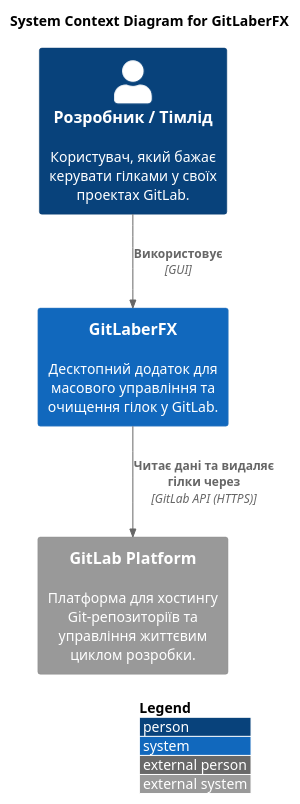
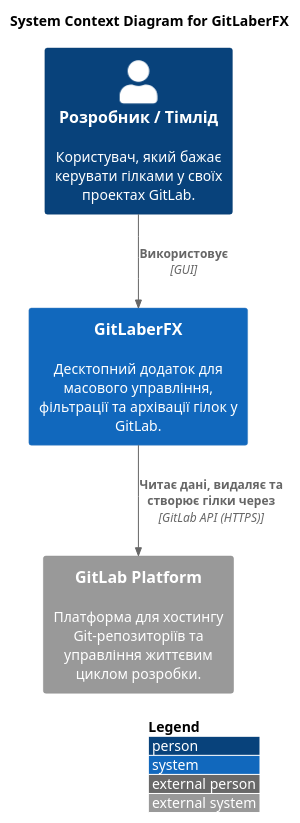
Before and after one commit to pashkazp/gitlaberfx: the diagram in src/main/docs/C4_context.puml, drawn with PlantUML. The commit also changed 10 other files, not shown here.

Commit message:
Remove technical spec for GitLab Branch Manager and update branch operation diagrams to include archiving functionality. Update README and documentation with support for branch archiving and filtering by regex.

```diff
--- a/src/main/docs/C4_context.puml
+++ b/src/main/docs/C4_context.puml
@@ -1,16 +1,16 @@
 @startuml
 !include <C4/C4_Context>
 
 LAYOUT_WITH_LEGEND()
 
 title System Context Diagram for GitLaberFX
 
 Person(user, "Розробник / Тімлід", "Користувач, який бажає керувати гілками у своїх проектах GitLab.")
 System_Ext(gitlab, "GitLab Platform", "Платформа для хостингу Git-репозиторіїв та управління життєвим циклом розробки.")
 
-System(gitlaberfx, "GitLaberFX", "Десктопний додаток для масового управління та очищення гілок у GitLab.")
+System(gitlaberfx, "GitLaberFX", "Десктопний додаток для масового управління, фільтрації та архівації гілок у GitLab.")
 
 Rel(user, gitlaberfx, "Використовує", "GUI")
-Rel(gitlaberfx, gitlab, "Читає дані та видаляє гілки через", "GitLab API (HTTPS)")
+Rel(gitlaberfx, gitlab, "Читає дані, видаляє та створює гілки через", "GitLab API (HTTPS)")
 
 @enduml
```
